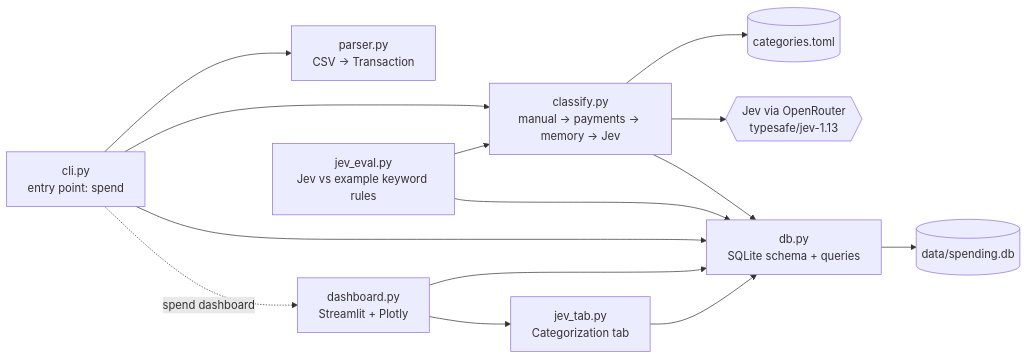
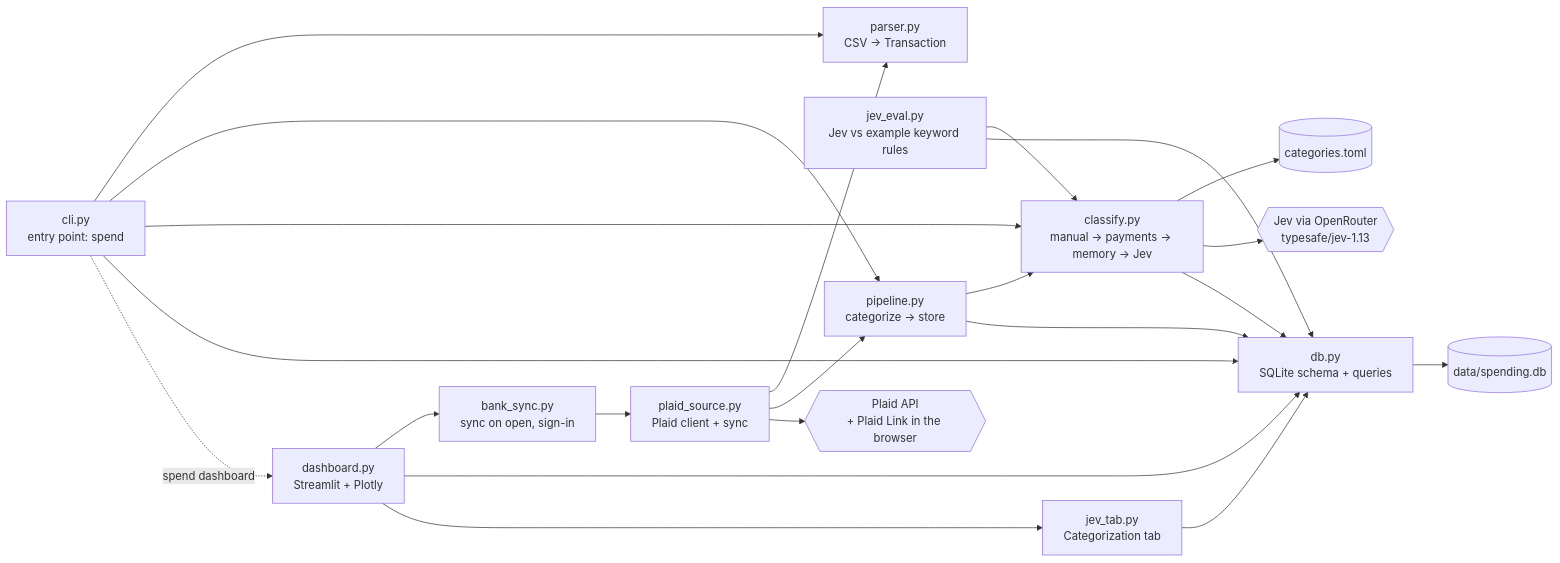
Before and after one commit to alessandrofelici/spending-tracker: the second of 6 diagrams in STRUCTURE.md, drawn with Mermaid. The commit also changed other lines of this file and 21 other files, not shown here.

First line of the commit message:
feat: sync bank transactions through Plaid when the dashboard opens (#20)

````diff
--- a/STRUCTURE.md
+++ b/STRUCTURE.md
@@ -102,27 +118,39 @@
 ```mermaid
 flowchart LR
     cli["cli.py<br/>entry point: spend"]
     parser["parser.py<br/>CSV → Transaction"]
     classify["classify.py<br/>manual → payments → memory → Jev"]
     db["db.py<br/>SQLite schema + queries"]
     dash["dashboard.py<br/>Streamlit + Plotly"]
     jevtab["jev_tab.py<br/>Categorization tab"]
     jeval["jev_eval.py<br/>Jev vs example keyword rules"]
+    pipeline["pipeline.py<br/>categorize → store"]
+    banksync["bank_sync.py<br/>sync on open, sign-in"]
+    plaidsrc["plaid_source.py<br/>Plaid client + sync"]
     toml[("categories.toml")]
     sqlite[("data/spending.db")]
     llm{{"Jev via OpenRouter<br/>typesafe/jev-1.13"}}
+    plaid{{"Plaid API<br/>+ Plaid Link in the browser"}}
 
     cli --> parser
+    cli --> pipeline
     cli --> classify
     cli --> db
     cli -. "spend dashboard" .-> dash
+    pipeline --> classify
+    pipeline --> db
     classify --> toml
     classify --> llm
     classify --> db
+    dash --> banksync
     dash --> db
     dash --> jevtab
+    banksync --> plaidsrc
+    plaidsrc --> parser
+    plaidsrc --> pipeline
+    plaidsrc --> plaid
     jevtab --> db
     jeval --> classify
     jeval --> db
     db --> sqlite
 ```
````
